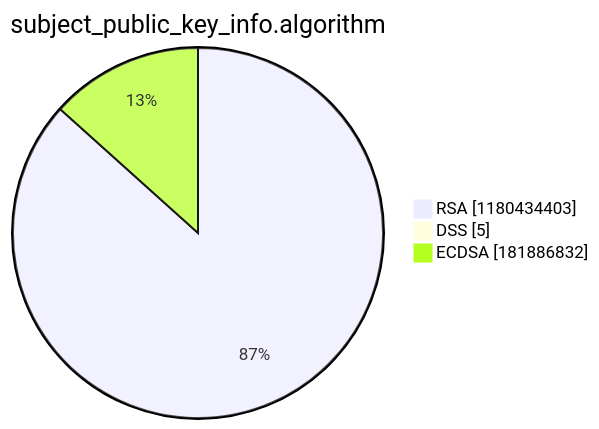
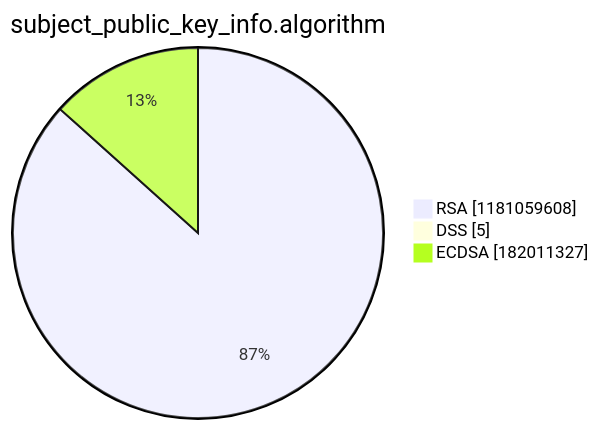
The third of 15 diagrams in argon2022/README.md (christiankrug/ctmonitor_visualization), drawn with Mermaid before and after one commit. The commit also changed other lines of this file, not shown here.

````diff
--- a/argon2022/README.md
+++ b/argon2022/README.md
@@ -14,7 +14,7 @@
 ```mermaid
 pie showData
 title subject_public_key_info.algorithm
-"RSA" :1180434403
+"RSA" :1181059608
 "DSS" :5
-"ECDSA" :181886832
+"ECDSA" :182011327
 ```
````
